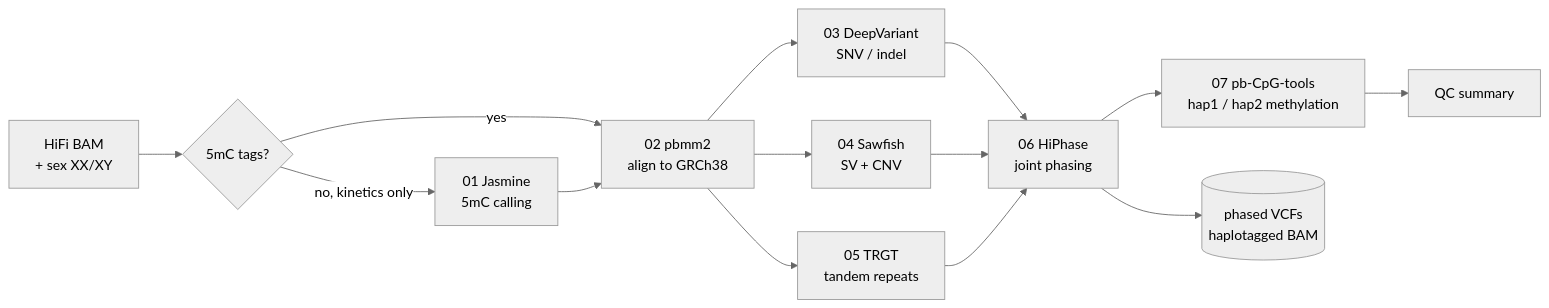
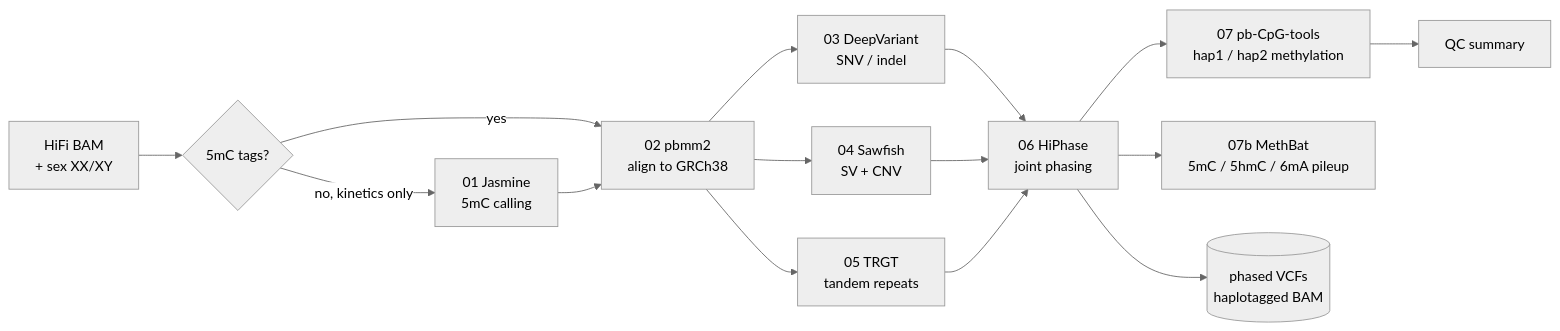
Before and after one commit to Junil-lab/KMAP: the diagram in README.md, drawn with Mermaid (neutral theme). The commit also changed other lines of this file and 8 other files, not shown here.

Commit message:
WGS: run MethBat 1.1.0 (pileup + CpG island profile) alongside pb-CpG-tools

````diff
--- a/README.md
+++ b/README.md
@@ -32,16 +32,17 @@
 ```mermaid
 flowchart LR
     A[HiFi BAM<br/>+ sex XX/XY] --> J{5mC tags?}
     J -- no, kinetics only --> B0[01 Jasmine<br/>5mC calling]
     J -- yes --> B[02 pbmm2<br/>align to GRCh38]
     B0 --> B
     B --> C[03 DeepVariant<br/>SNV / indel]
     B --> D[04 Sawfish<br/>SV + CNV]
     B --> E[05 TRGT<br/>tandem repeats]
     C --> F[06 HiPhase<br/>joint phasing]
     D --> F
     E --> F
     F --> G[07 pb-CpG-tools<br/>hap1 / hap2 methylation]
+    F --> M[07b MethBat<br/>5mC / 5hmC / 6mA pileup]
     F --> H[(phased VCFs<br/>haplotagged BAM)]
     G --> Q[QC summary]
 ```
````
